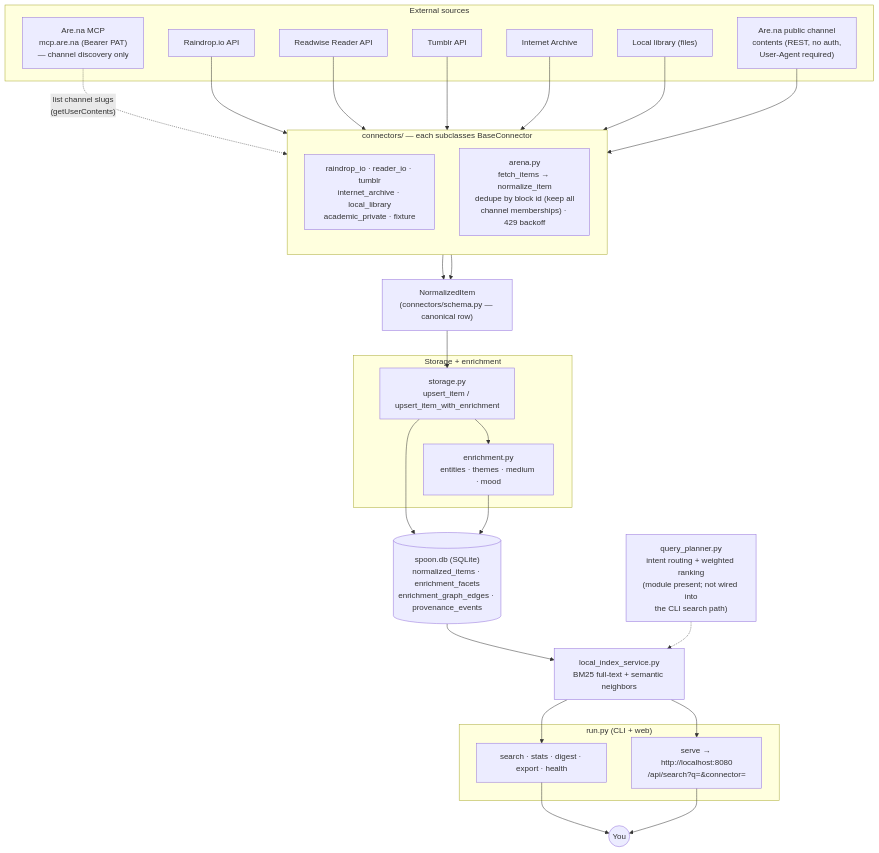
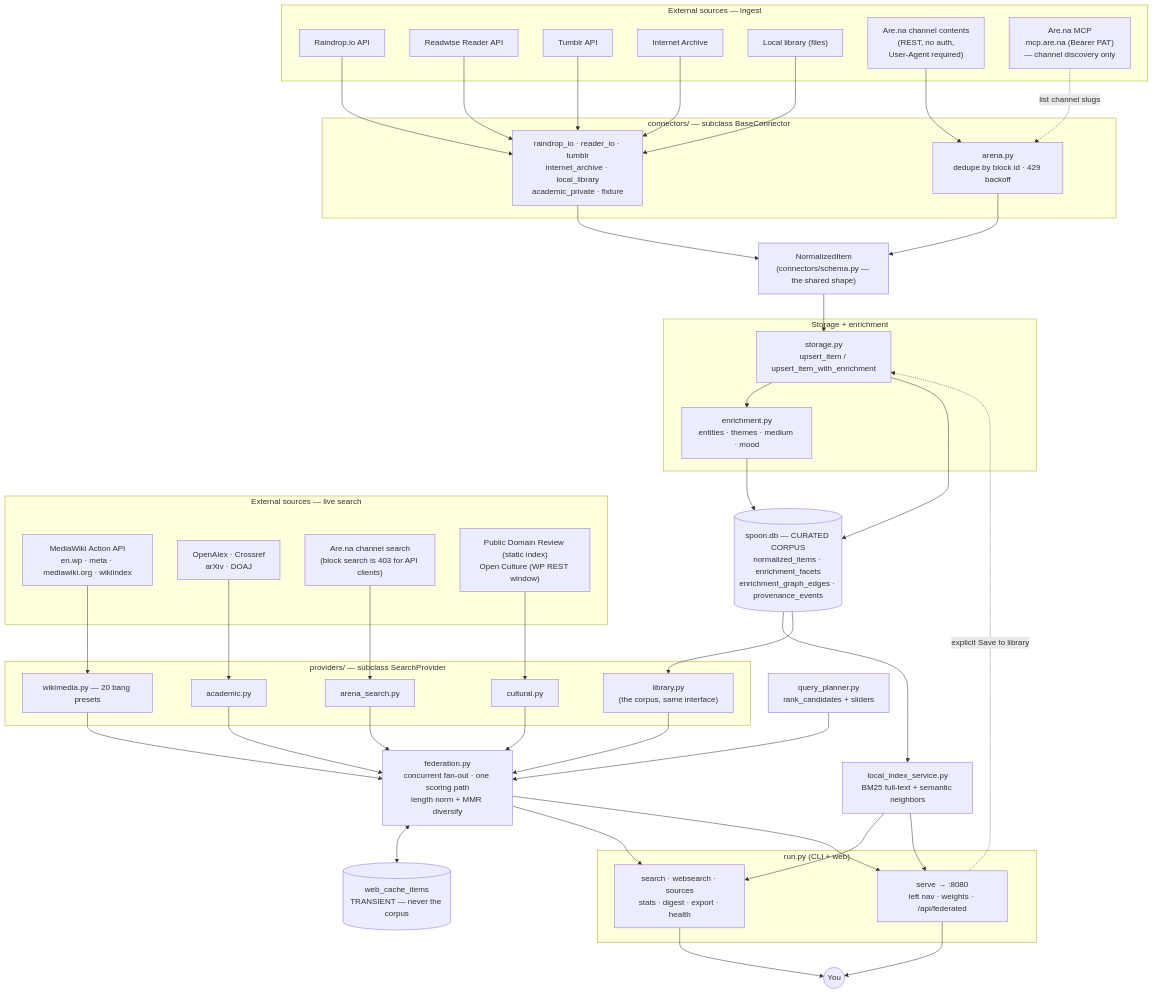
The diagram in ARCHITECTURE.md (TheGesturalist/stunning-octo-spoon), drawn with Mermaid before and after one commit. The commit also changed other lines of this file and 4 other files, not shown here.

````diff
--- a/ARCHITECTURE.md
+++ b/ARCHITECTURE.md
@@ -7,40 +10,58 @@
 ```mermaid
 flowchart TB
-    subgraph SRC["External sources"]
+    subgraph SRC["External sources — ingest"]
         RA["Raindrop.io API"]
         RW["Readwise Reader API"]
         TU["Tumblr API"]
         IAA["Internet Archive"]
         LLIB["Local library (files)"]
-        ARC["Are.na public channel<br/>contents (REST, no auth,<br/>User-Agent required)"]
+        ARC["Are.na channel contents<br/>(REST, no auth,<br/>User-Agent required)"]
         ARM["Are.na MCP<br/>mcp.are.na (Bearer PAT)<br/>— channel discovery only"]
     end
 
-    subgraph CONN["connectors/ — each subclasses BaseConnector"]
-        direction TB
+    subgraph CONN["connectors/ — subclass BaseConnector"]
         C1["raindrop_io · reader_io · tumblr<br/>internet_archive · local_library<br/>academic_private · fixture"]
-        C2["arena.py<br/>fetch_items → normalize_item<br/>dedupe by block id (keep all<br/>channel memberships) · 429 backoff"]
+        C2["arena.py<br/>dedupe by block id · 429 backoff"]
     end
 
-    NI["NormalizedItem<br/>(connectors/schema.py — canonical row)"]
+    NI["NormalizedItem<br/>(connectors/schema.py — the shared shape)"]
 
     subgraph STORE["Storage + enrichment"]
         ST["storage.py<br/>upsert_item / upsert_item_with_enrichment"]
         EN["enrichment.py<br/>entities · themes · medium · mood"]
     end
 
-    DB[("spoon.db (SQLite)<br/>normalized_items · enrichment_facets<br/>enrichment_graph_edges · provenance_events")]
+    DB[("spoon.db — CURATED CORPUS<br/>normalized_items · enrichment_facets<br/>enrichment_graph_edges · provenance_events")]
 
     IDX["local_index_service.py<br/>BM25 full-text + semantic neighbors"]
 
+    subgraph LIVE["External sources — live search"]
+        WM["MediaWiki Action API<br/>en.wp · meta · mediawiki.org · wikiindex"]
+        ACAD["OpenAlex · Crossref<br/>arXiv · DOAJ"]
+        ARS["Are.na channel search<br/>(block search is 403 for API clients)"]
+        CULT["Public Domain Review (static index)<br/>Open Culture (WP REST window)"]
+    end
+
+    subgraph PROV["providers/ — subclass SearchProvider"]
+        P1["wikimedia.py — 20 bang presets"]
+        P2["academic.py"]
+        P3["arena_search.py"]
+        P4["cultural.py"]
+        P5["library.py<br/>(the corpus, same interface)"]
+    end
+
+    CACHE[("web_cache_items<br/>TRANSIENT — never the corpus")]
+    FED["federation.py<br/>concurrent fan-out · one scoring path<br/>length norm + MMR diversify"]
+    QP["query_planner.py<br/>rank_candidates + sliders"]
+
     subgraph UI["run.py (CLI + web)"]
-        CLI["search · stats · digest · export · health"]
-        WEB["serve → http://localhost:8080<br/>/api/search?q=&connector="]
+        CLI["search · websearch · sources<br/>stats · digest · export · health"]
+        WEB["serve → :8080<br/>left nav · weights · /api/federated"]
     end
 
     USER(("You"))
 
-    ARM -. "list channel slugs<br/>(getUserContents)" .-> C2
+    ARM -. "list channel slugs" .-> C2
     RA --> C1
     RW --> C1
     TU --> C1
@@ -55,10 +76,23 @@
     EN --> DB
     DB --> IDX
     IDX --> CLI
+
+    WM --> P1
+    ACAD --> P2
+    ARS --> P3
+    CULT --> P4
+    DB --> P5
+    P1 --> FED
+    P2 --> FED
+    P3 --> FED
+    P4 --> FED
+    P5 --> FED
+    FED <--> CACHE
+    QP --> FED
+    FED --> CLI
+    FED --> WEB
     IDX --> WEB
     CLI --> USER
     WEB --> USER
-
-    QP["query_planner.py<br/>intent routing + weighted ranking<br/>(module present; not wired into<br/>the CLI search path)"]
-    QP -.-> IDX
+    WEB -. "explicit Save to library" .-> ST
 ```
````
